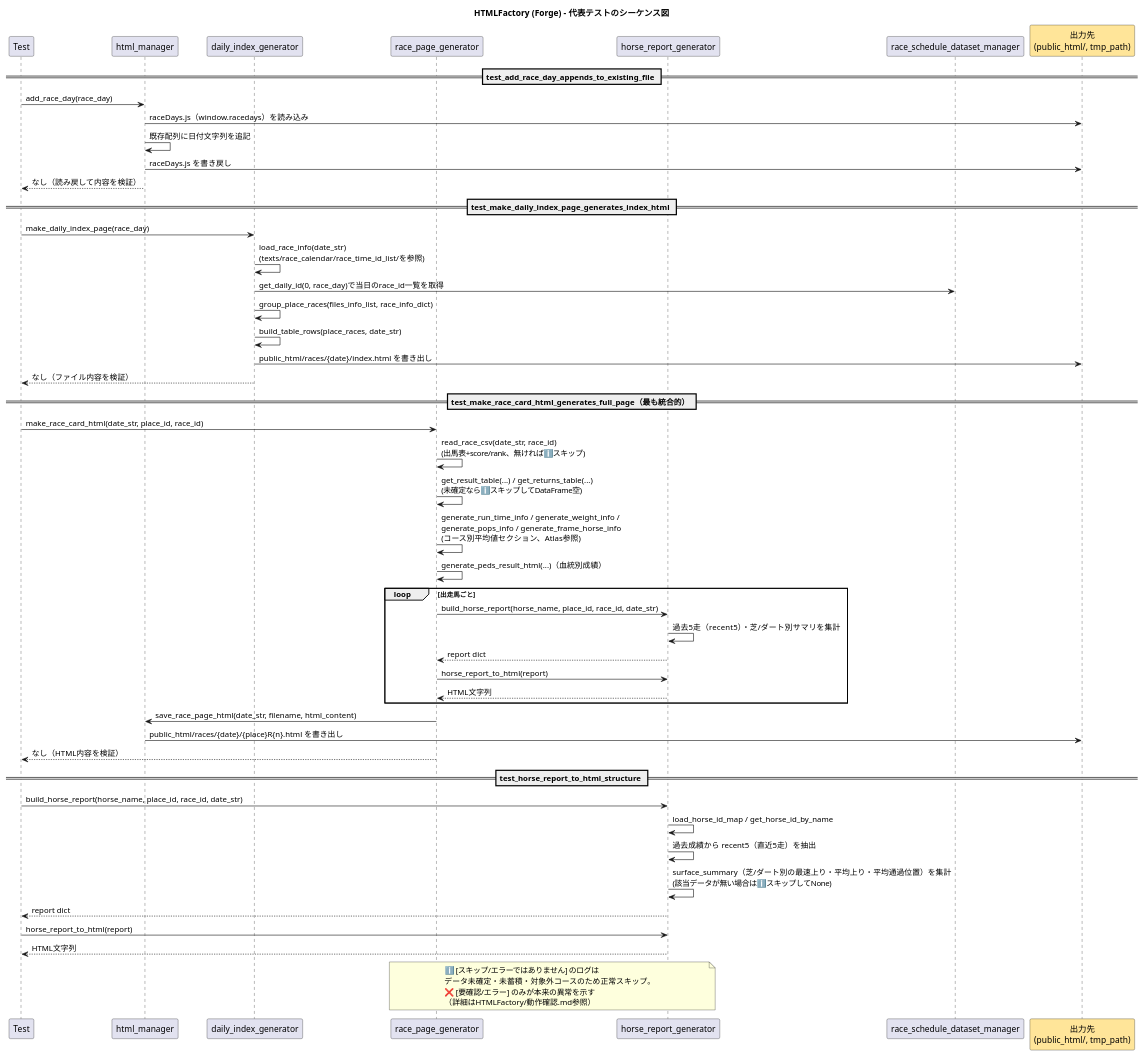
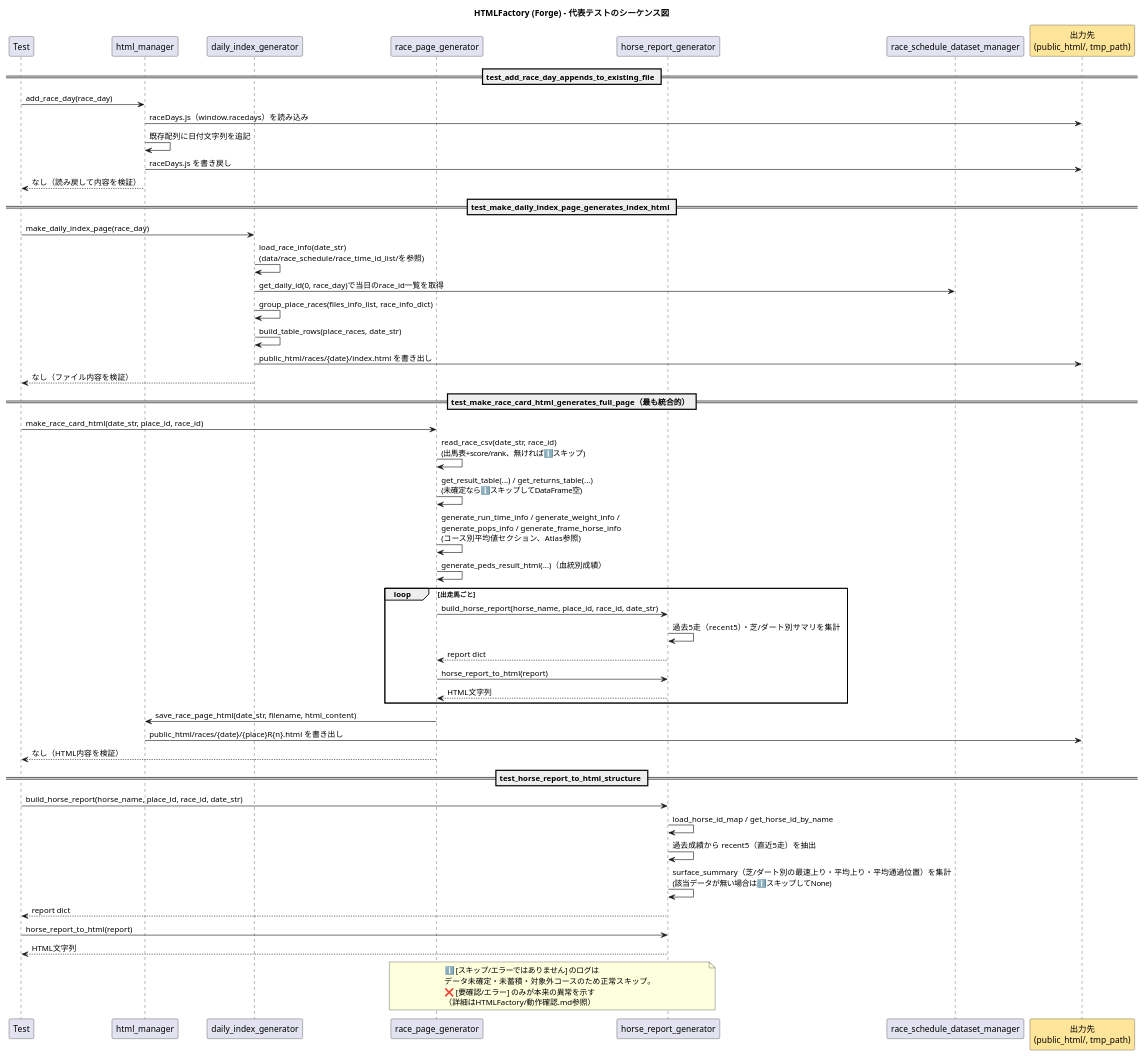
Before and after one commit to keibamar/keiba_ai_ver3.0: the diagram in Specifications/HTMLFactory/SequenceDiagram.pu, drawn with PlantUML. The commit also changed 269 other files, not shown here.

```diff
--- a/Specifications/HTMLFactory/SequenceDiagram.pu
+++ b/Specifications/HTMLFactory/SequenceDiagram.pu
@@ -1,61 +1,61 @@
 @startuml
 title HTMLFactory (Forge) - 代表テストのシーケンス図
 
 participant "Test" as T
 participant "html_manager" as HM
 participant "daily_index_generator" as DIG
 participant "race_page_generator" as RPG
 participant "horse_report_generator" as HRG
 participant "race_schedule_dataset_manager" as RSM
 participant "出力先\n(public_html/, tmp_path)" as OUT #FFE599
 
 == test_add_race_day_appends_to_existing_file ==
 T -> HM : add_race_day(race_day)
 HM -> OUT : raceDays.js（window.racedays）を読み込み
 HM -> HM : 既存配列に日付文字列を追記
 HM -> OUT : raceDays.js を書き戻し
 HM --> T : なし（読み戻して内容を検証）
 
 == test_make_daily_index_page_generates_index_html ==
 T -> DIG : make_daily_index_page(race_day)
-DIG -> DIG : load_race_info(date_str)\n(texts/race_calendar/race_time_id_list/を参照)
+DIG -> DIG : load_race_info(date_str)\n(data/race_schedule/race_time_id_list/を参照)
 DIG -> RSM : get_daily_id(0, race_day)で当日のrace_id一覧を取得
 DIG -> DIG : group_place_races(files_info_list, race_info_dict)
 DIG -> DIG : build_table_rows(place_races, date_str)
 DIG -> OUT : public_html/races/{date}/index.html を書き出し
 DIG --> T : なし（ファイル内容を検証）
 
 == test_make_race_card_html_generates_full_page（最も統合的） ==
 T -> RPG : make_race_card_html(date_str, place_id, race_id)
 RPG -> RPG : read_race_csv(date_str, race_id)\n(出馬表+score/rank、無ければℹ️スキップ)
 RPG -> RPG : get_result_table(...) / get_returns_table(...)\n(未確定ならℹ️スキップしてDataFrame空)
 RPG -> RPG : generate_run_time_info / generate_weight_info /\ngenerate_pops_info / generate_frame_horse_info\n(コース別平均値セクション、Atlas参照)
 RPG -> RPG : generate_peds_result_html(...)（血統別成績）
 loop 出走馬ごと
   RPG -> HRG : build_horse_report(horse_name, place_id, race_id, date_str)
   HRG -> HRG : 過去5走（recent5）・芝/ダート別サマリを集計
   HRG --> RPG : report dict
   RPG -> HRG : horse_report_to_html(report)
   HRG --> RPG : HTML文字列
 end
 RPG -> HM : save_race_page_html(date_str, filename, html_content)
 HM -> OUT : public_html/races/{date}/{place}R{n}.html を書き出し
 RPG --> T : なし（HTML内容を検証）
 
 == test_horse_report_to_html_structure ==
 T -> HRG : build_horse_report(horse_name, place_id, race_id, date_str)
 HRG -> HRG : load_horse_id_map / get_horse_id_by_name
 HRG -> HRG : 過去成績から recent5（直近5走）を抽出
 HRG -> HRG : surface_summary（芝/ダート別の最速上り・平均上り・平均通過位置）を集計\n(該当データが無い場合はℹ️スキップしてNone)
 HRG --> T : report dict
 T -> HRG : horse_report_to_html(report)
 HRG --> T : HTML文字列
 
 note over RPG, HRG
   ℹ️ [スキップ/エラーではありません] のログは
   データ未確定・未蓄積・対象外コースのため正常スキップ。
   ❌ [要確認/エラー] のみが本来の異常を示す
   （詳細はHTMLFactory/動作確認.md参照）
 end note
 
 @enduml
```
